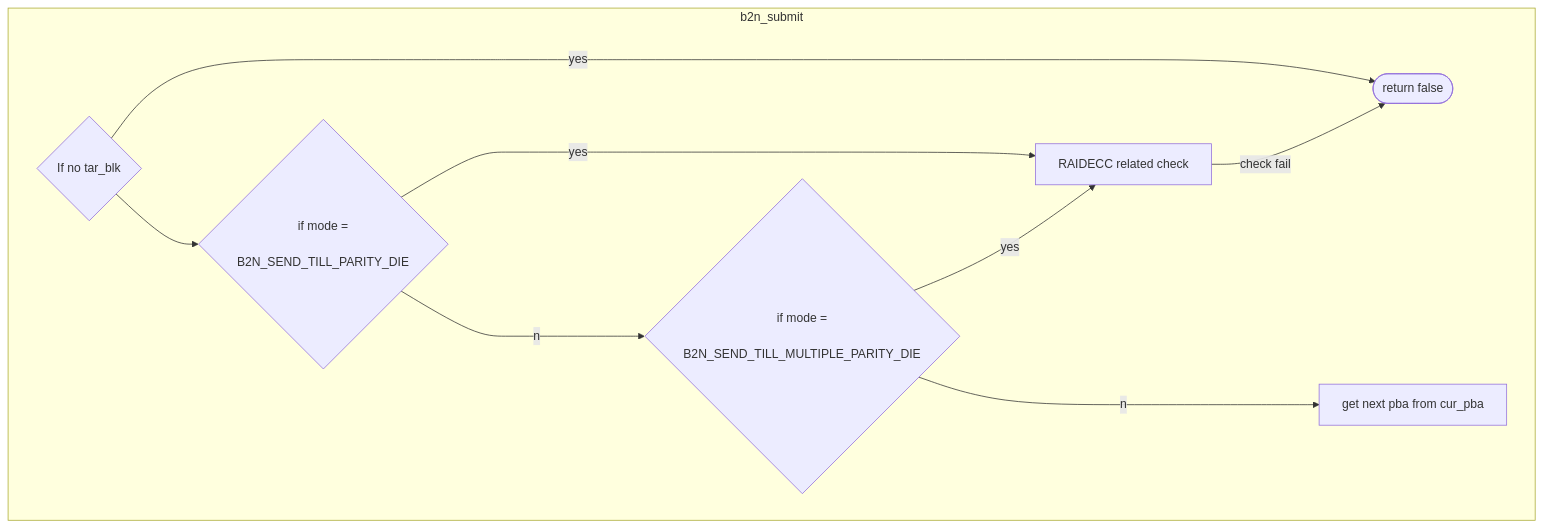
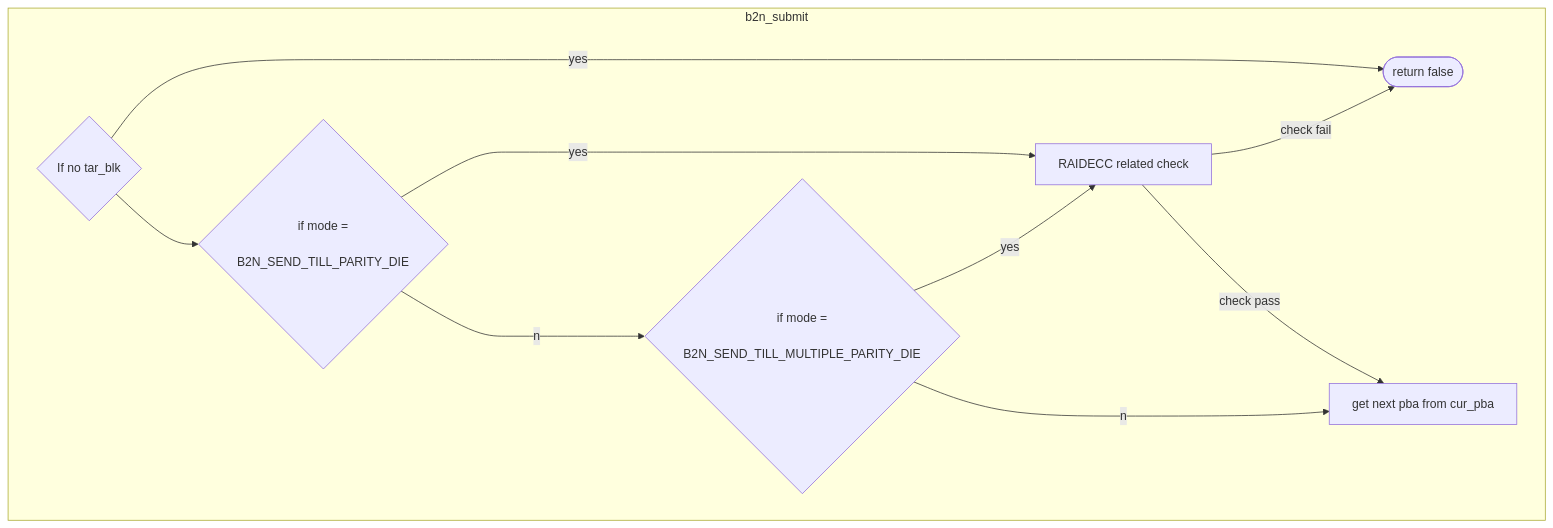
One commit to jenny112646/iodraw-files changed the diagram in all/未命名-2.md. Above: the diagram before and after it, drawn with Mermaid.

Commit message:
2024-06-07 10:56:18 update

````diff
--- a/all/未命名-2.md
+++ b/all/未命名-2.md
@@ -1,15 +1,17 @@
 ```mermaid
 flowchart TD
 subgraph b2n_submit
     direction LR
     c1{"If no tar_blk"} --yes--> c2([return false])
     c1 --> c3{"if mode =
     B2N_SEND_TILL_PARITY_DIE"}
     c3 --yes--> c4["RAIDECC related check"]
     c3 --no---> c5{"if mode =
     B2N_SEND_TILL_MULTIPLE_PARITY_DIE"}
     c5 --yes--> c4["RAIDECC related check"]
     c5 --no--> c6["get next pba from cur_pba"]
     c4 --"check fail"--> c2
+    c4 --"check pass"--> c6
+
 end
 ```
````
